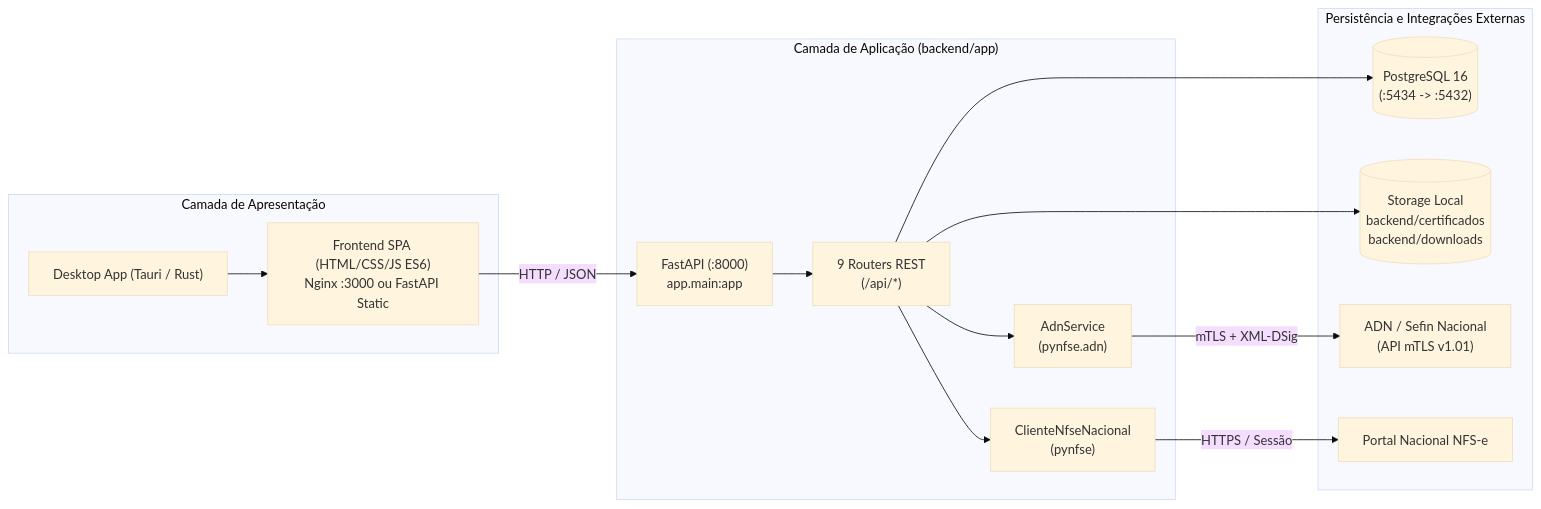
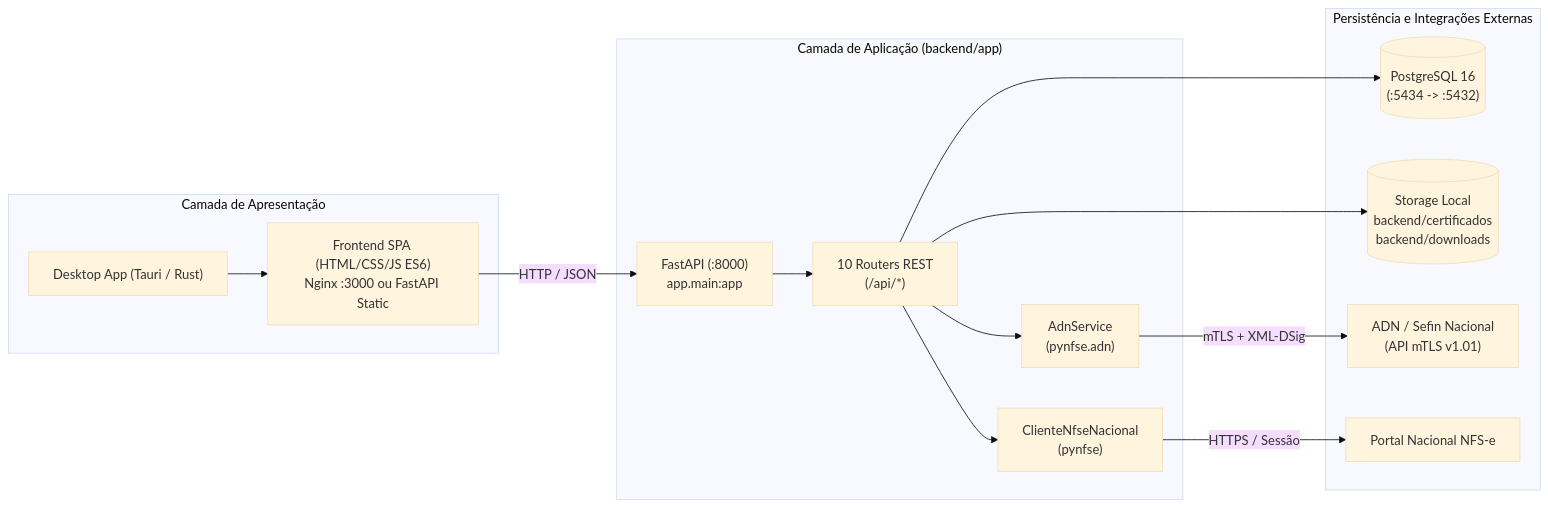
One commit to cleitonleonel/nfse_manager changed the diagram in README.md. Above: the diagram before and after it, drawn with Mermaid (base theme). The commit also changed other lines of this file and 59 other files, not shown here.

````diff
--- a/README.md
+++ b/README.md
@@ -69,31 +78,31 @@
 ```mermaid
 flowchart LR
     subgraph Client["Camada de Apresentação"]
         SPA["Frontend SPA (HTML/CSS/JS ES6)<br/>Nginx :3000 ou FastAPI Static"]
         Tauri["Desktop App (Tauri / Rust)"]
     end
 
     subgraph Backend["Camada de Aplicação (backend/app)"]
         API["FastAPI (:8000)<br/>app.main:app"]
-        Routers["9 Routers REST<br/>(/api/*)"]
+        Routers["10 Routers REST<br/>(/api/*)"]
         AdnSvc["AdnService<br/>(pynfse.adn)"]
         PortalBot["ClienteNfseNacional<br/>(pynfse)"]
     end
 
     subgraph Infra["Persistência e Integrações Externas"]
         PG[("PostgreSQL 16<br/>(:5434 -> :5432)")]
         FS[("Storage Local<br/>backend/certificados<br/>backend/downloads")]
         ADN["ADN / Sefin Nacional<br/>(API mTLS v1.01)"]
         Portal["Portal Nacional NFS-e"]
     end
 
     Tauri --> SPA
     SPA -->|HTTP / JSON| API
     API --> Routers
     Routers --> PG
     Routers --> FS
     Routers --> AdnSvc
     Routers --> PortalBot
     AdnSvc -->|mTLS + XML-DSig| ADN
     PortalBot -->|HTTPS / Sessão| Portal
 ```
````
